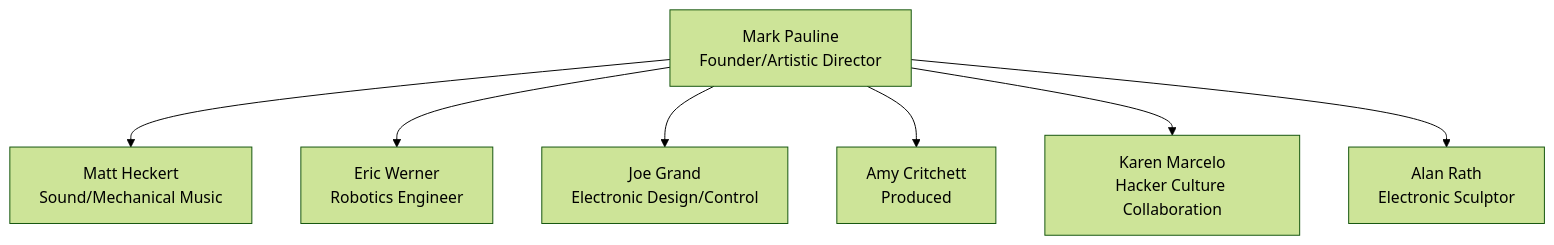
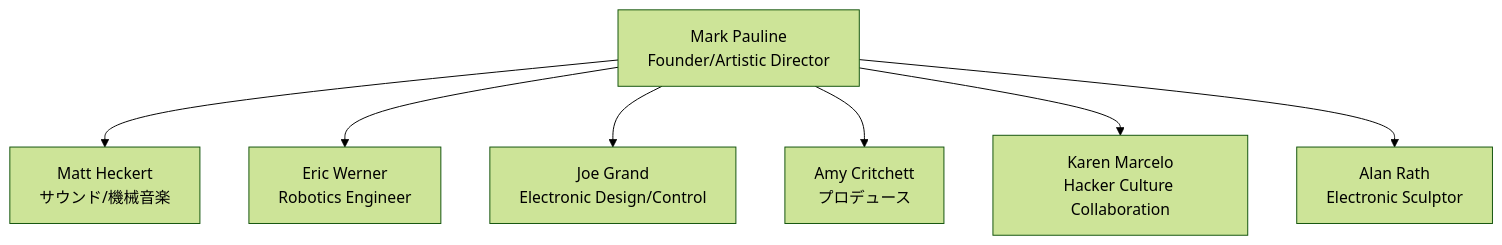
One commit to monumental-movement/monumental-movement.github.io changed the diagram in en/_posts/2025-10-01-Column-Survival-Research-Laboratories.md. Above: the diagram before and after it, drawn with Mermaid (forest theme). The commit also changed other lines of this file and 445 other files, not shown here.

```diff
--- a/en/_posts/2025-10-01-Column-Survival-Research-Laboratories.md
+++ b/en/_posts/2025-10-01-Column-Survival-Research-Laboratories.md
@@ -109,9 +109,9 @@
 <div class="mermaid">
 flowchart TD
-    A[Mark Pauline<br>Founder/Artistic Director] --> B[Matt Heckert<br>Sound/Mechanical Music]
+    A[Mark Pauline<br>Founder/Artistic Director] --> B[Matt Heckert<br>サウンド/機械音楽]
     A --> C[Eric Werner<br>Robotics Engineer]
     A --> D[Joe Grand<br>Electronic Design/Control]
-    A --> E[Amy Critchett<br>Produced]
+    A --> E[Amy Critchett<br>プロデュース]
     A --> F[Karen Marcelo<br>Hacker Culture Collaboration]
     A --> G[Alan Rath<br>Electronic Sculptor]
 </div>
```
